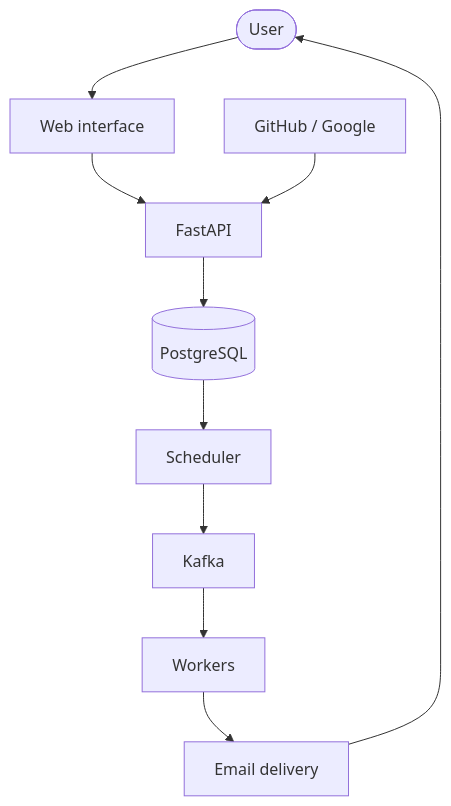
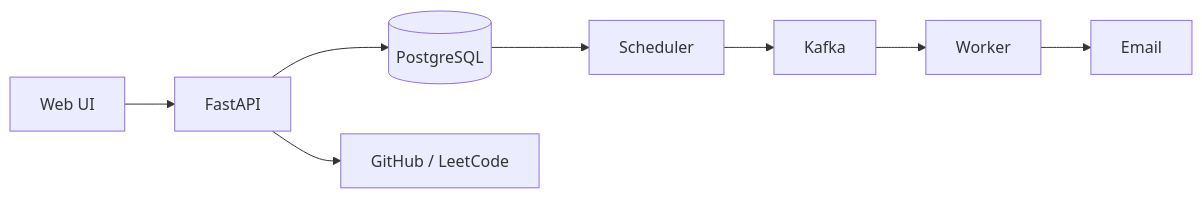
One commit to rajeev8008/Pace changed the diagram in README.md. Above: the diagram before and after it, drawn with Mermaid. The commit also changed other lines of this file, not shown here.

First line of the commit message:
Documentation: condense Pace setup and architecture guide

````diff
--- a/README.md
+++ b/README.md
@@ -36,12 +22,10 @@
 ```mermaid
-flowchart TB
-    User([User]) --> Web[Web interface]
-    Web --> API[FastAPI]
-    OAuth[GitHub / Google] --> API
+flowchart LR
+    UI[Web UI] --> API[FastAPI]
     API --> DB[(PostgreSQL)]
-    DB --> Scheduler[Scheduler]
-    Scheduler --> Kafka[Kafka]
-    Kafka --> Worker[Workers]
-    Worker --> Email[Email delivery]
-    Email --> User
+    API --> GH[GitHub / LeetCode]
+    DB --> Scheduler
+    Scheduler --> Kafka
+    Kafka --> Worker
+    Worker --> SMTP[Email]
 ```
````
